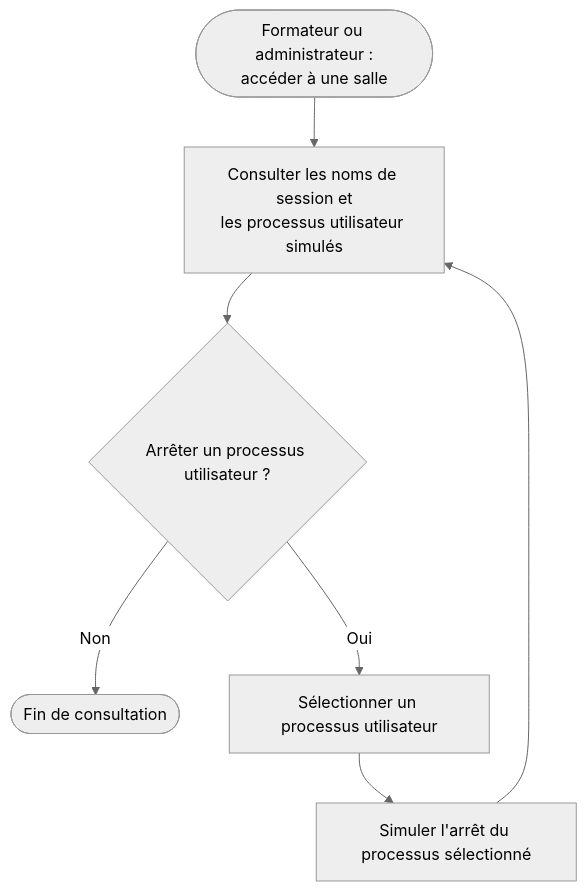
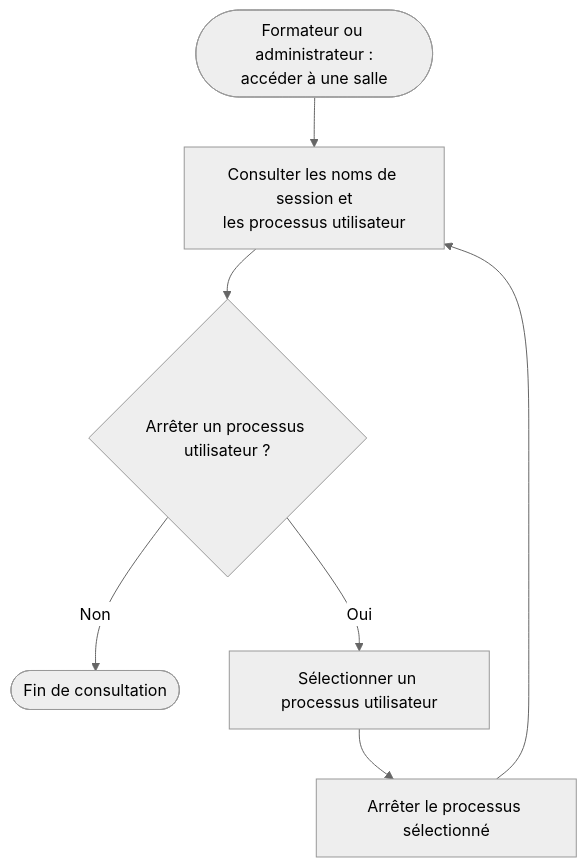
The third of 3 diagrams in docs/07-DIAGRAMMES-ACTIVITE.md (bpierrelouis/aster), drawn with Mermaid (neutral theme) before and after one commit. The commit also changed other lines of this file and 11 other files, not shown here.

````diff
--- a/docs/07-DIAGRAMMES-ACTIVITE.md
+++ b/docs/07-DIAGRAMMES-ACTIVITE.md
@@ -45,9 +45,9 @@
 ```mermaid
 flowchart TD
-    debut(["Formateur ou administrateur :<br/>accéder à une salle"]) --> consulter["Consulter les noms de session et<br/>les processus utilisateur simulés"]
+    debut(["Formateur ou administrateur :<br/>accéder à une salle"]) --> consulter["Consulter les noms de session et<br/>les processus utilisateur"]
     consulter --> arret{"Arrêter un processus utilisateur ?"}
     arret -->|"Non"| fin(["Fin de consultation"])
     arret -->|"Oui"| selection["Sélectionner un processus utilisateur"]
-    selection --> action["Simuler l'arrêt du processus sélectionné"]
+    selection --> action["Arrêter le processus sélectionné"]
     action --> consulter
 ```
````
